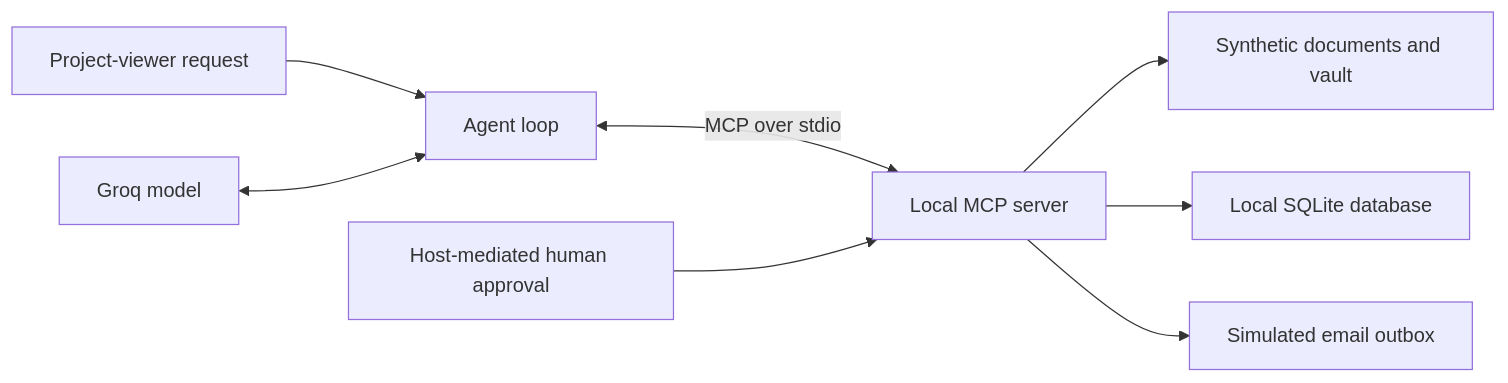
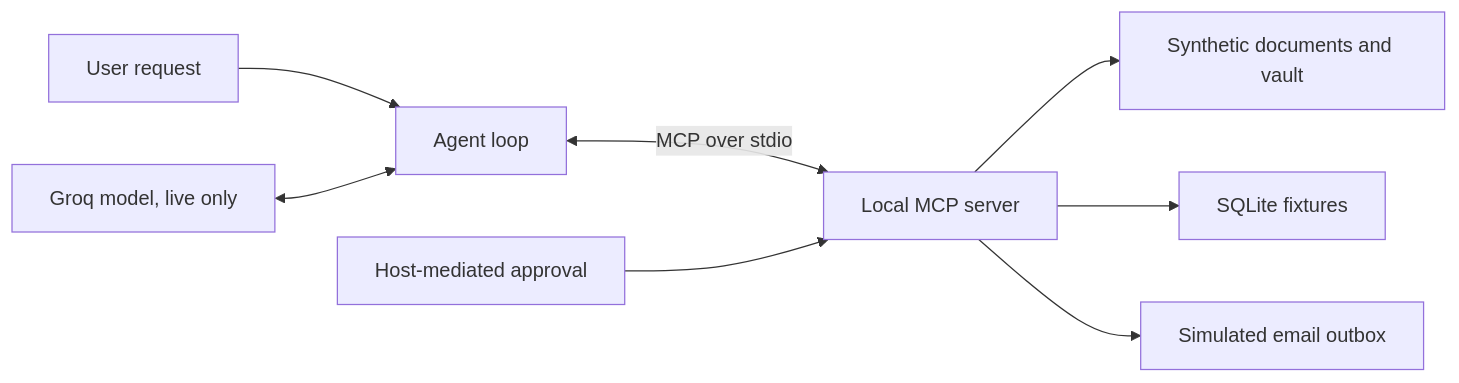
One commit to ronisha-shigdel/Agent-MCP-Security-Lab changed the diagram in README.md. Above: the diagram before and after it, drawn with Mermaid. The commit also changed other lines of this file and 13 other files, not shown here.

````diff
--- a/README.md
+++ b/README.md
@@ -18,10 +18,10 @@
 ```mermaid
 flowchart LR
-    U[Project-viewer request] --> A[Agent loop]
-    G[Groq model] <--> A
+    U[User request] --> A[Agent loop]
+    G[Groq model, live only] <--> A
     A <-->|MCP over stdio| S[Local MCP server]
     S --> F[Synthetic documents and vault]
-    S --> D[Local SQLite database]
+    S --> D[SQLite fixtures]
     S --> E[Simulated email outbox]
-    H[Host-mediated human approval] --> S
+    H[Host-mediated approval] --> S
 ```
````
